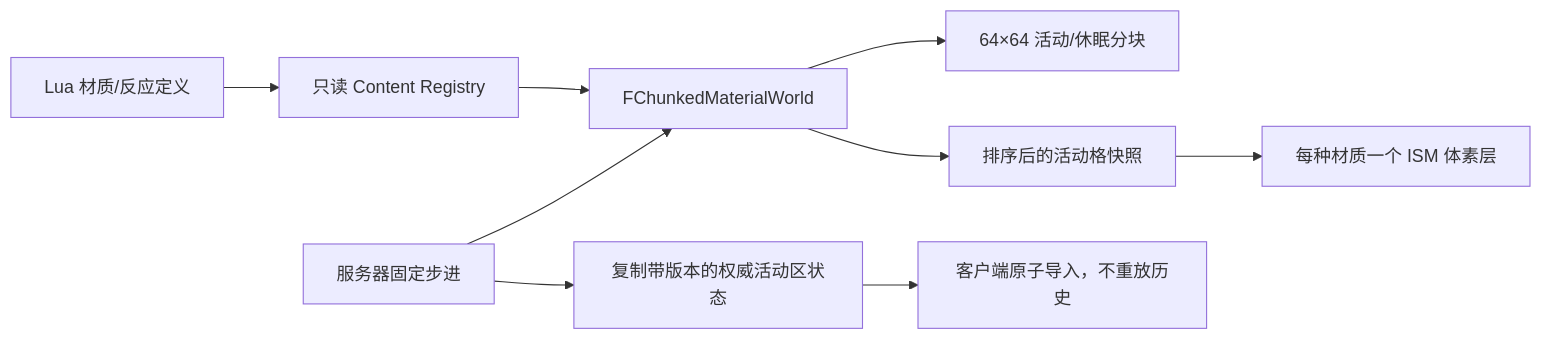
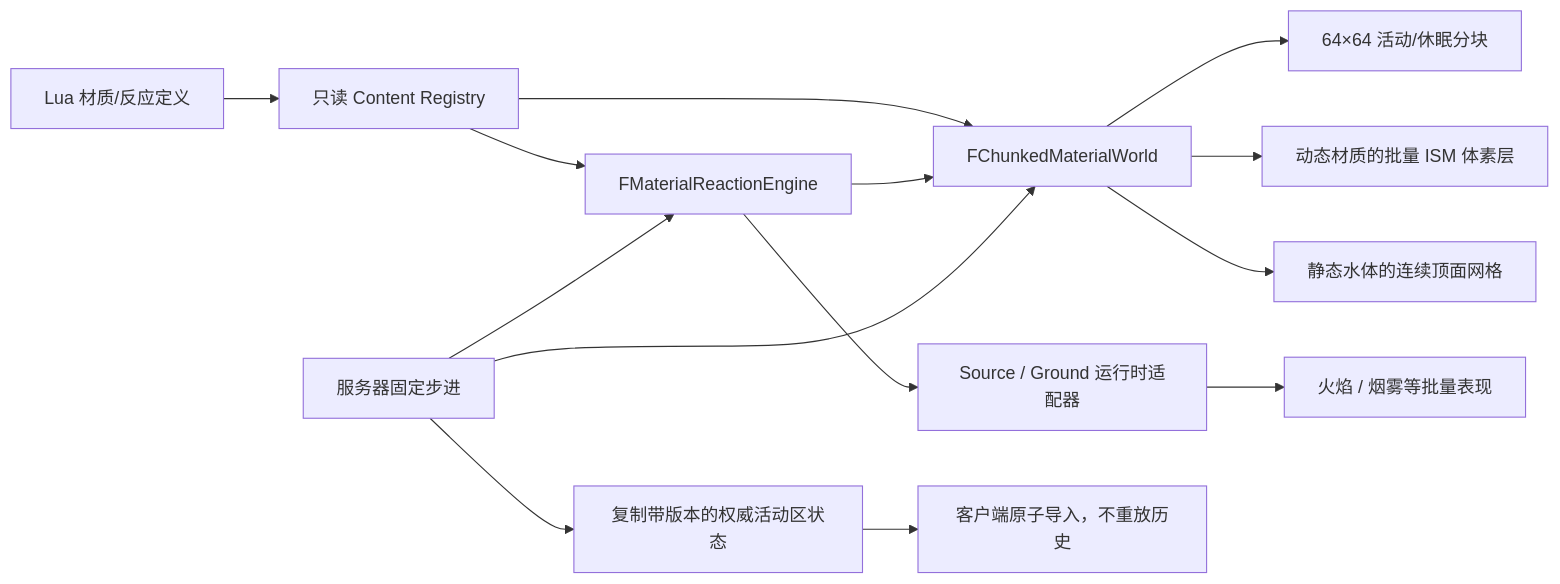
One commit to Heptagon196/MatterFlux changed the diagram in docs/MatterFlux_Material_Simulation_Beginner_Guide.md. Above: the diagram before and after it, drawn with Mermaid. The commit also changed other lines of this file and 160 other files, not shown here.

````diff
--- a/docs/MatterFlux_Material_Simulation_Beginner_Guide.md
+++ b/docs/MatterFlux_Material_Simulation_Beginner_Guide.md
@@ -9,11 +9,16 @@
 ```mermaid
 flowchart LR
     Lua["Lua 材质/反应定义"] --> Registry["只读 Content Registry"]
+    Registry --> Reaction["FMaterialReactionEngine"]
     Registry --> Core["FChunkedMaterialWorld"]
+    Reaction --> Core
+    Reaction --> Adapter["Source / Ground 运行时适配器"]
     Core --> Chunks["64×64 活动/休眠分块"]
-    Core --> Snapshot["排序后的活动格快照"]
-    Server["服务器固定步进"] --> Core
+    Server["服务器固定步进"] --> Reaction
+    Server --> Core
     Server --> State["复制带版本的权威活动区状态"]
     State --> Client["客户端原子导入，不重放历史"]
-    Snapshot --> ISM["每种材质一个 ISM 体素层"]
+    Core --> ISM["动态材质的批量 ISM 体素层"]
+    Core --> Liquid["静态水体的连续顶面网格"]
+    Adapter --> VFX["火焰 / 烟雾等批量表现"]
 ```
````
